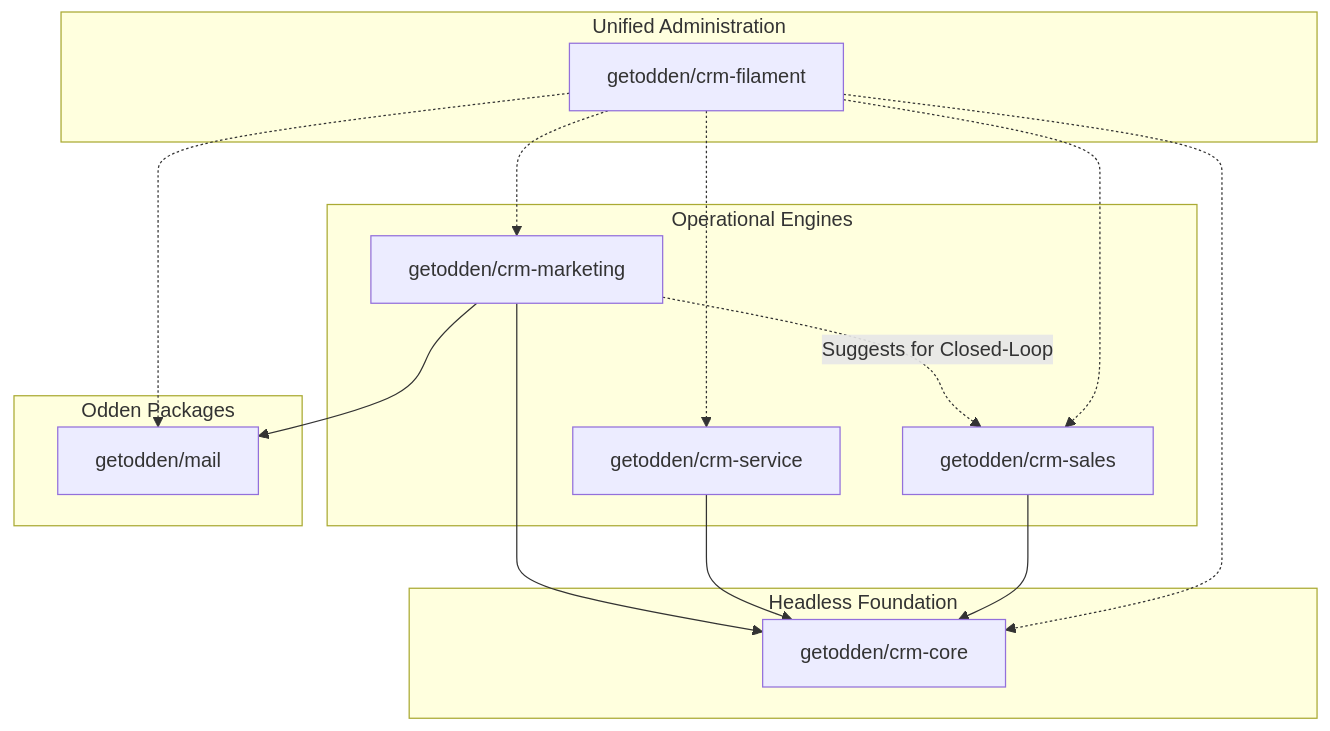
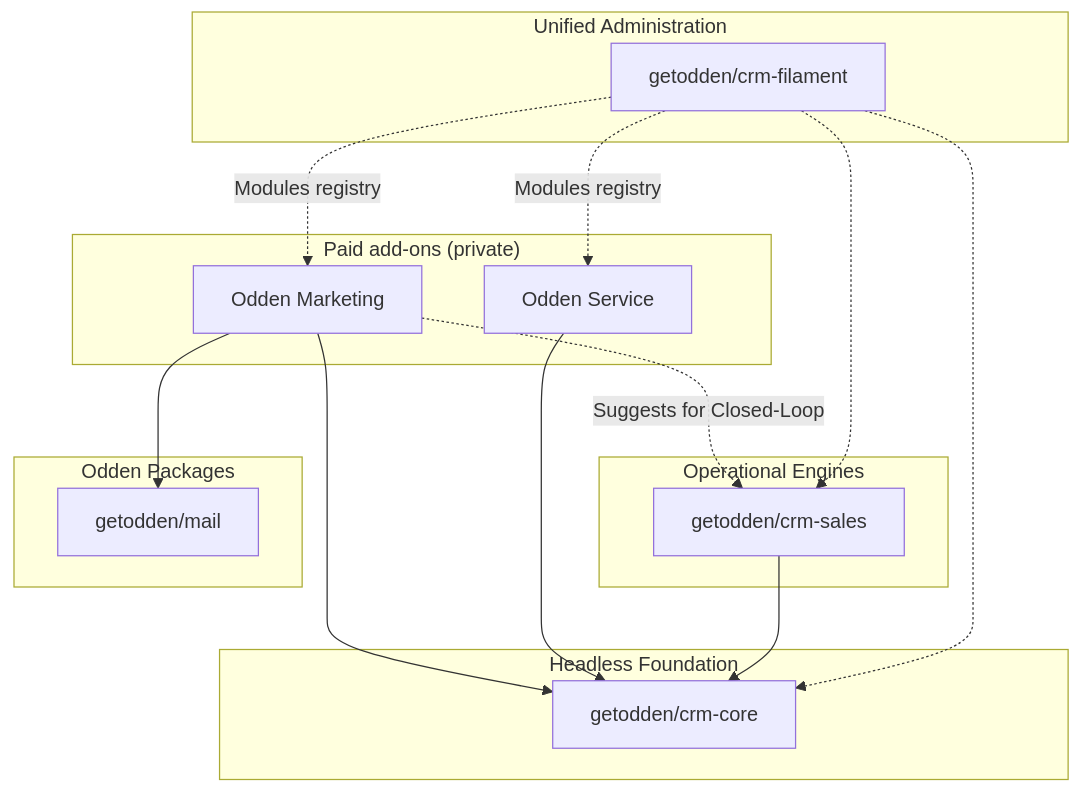
Before and after one commit to getodden/crm: the diagram in README.md, drawn with Mermaid. The commit also changed other lines of this file and 366 other files, not shown here.

First line of the commit message:
chore: remove Marketing and Service from the open monorepo

````diff
--- a/README.md
+++ b/README.md
@@ -15,32 +15,34 @@
 ```mermaid
 graph TD
     subgraph UI ["Unified Administration"]
         F[getodden/crm-filament]
     end
 
     subgraph Engines ["Operational Engines"]
         S[getodden/crm-sales]
-        SV[getodden/crm-service]
-        M[getodden/crm-marketing]
+    end
+
+    subgraph AddOns ["Paid add-ons (private)"]
+        SV[Odden Service]
+        M[Odden Marketing]
     end
 
     subgraph External ["Odden Packages"]
         MB[getodden/mail]
     end
 
     subgraph CoreEngine ["Headless Foundation"]
         C[getodden/crm-core]
     end
 
     F -.-> C
     F -.-> S
-    F -.-> SV
-    F -.-> M
-    F -.-> MB
+    F -.->|Modules registry| SV
+    F -.->|Modules registry| M
 
     S --> C
     SV --> C
     M --> C
     M --> MB
     M -.->|Suggests for Closed-Loop| S
 ```
````
